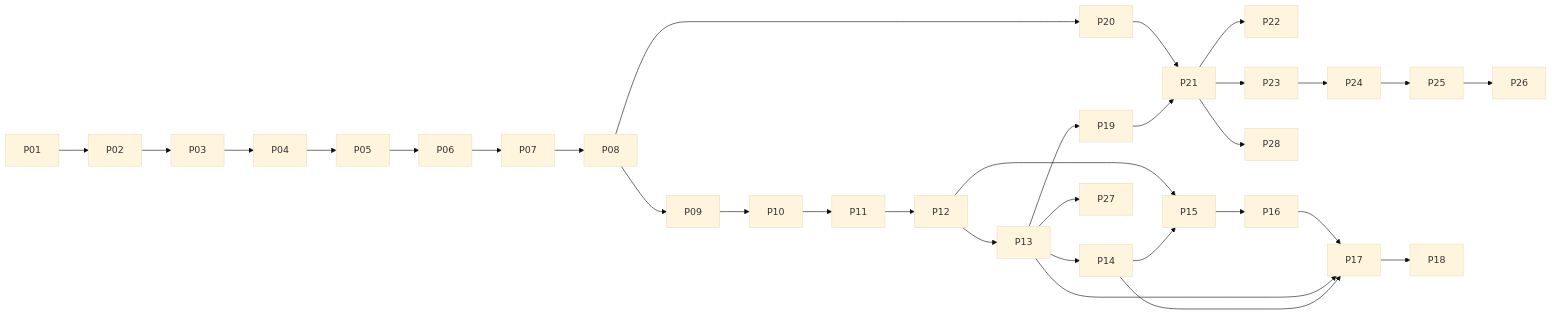
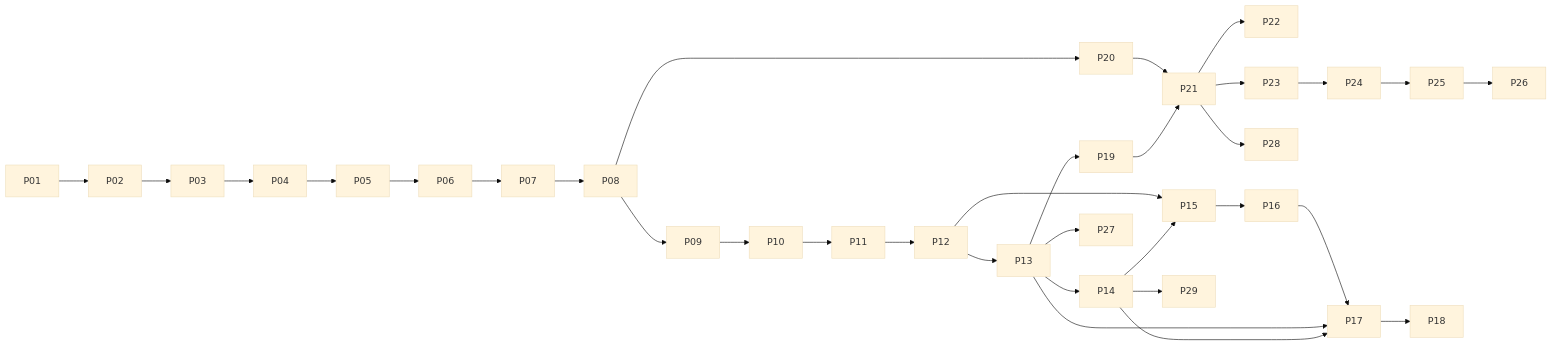
The diagram in docs/implementation-plan.md (takemo101/ambien), drawn with Mermaid (base theme) before and after one commit. The commit also changed other lines of this file and 6 other files, not shown here.

````diff
--- a/docs/implementation-plan.md
+++ b/docs/implementation-plan.md
@@ -108,18 +108,19 @@
 ```mermaid
 flowchart LR
  P01 --> P02 --> P03 --> P04 --> P05 --> P06 --> P07 --> P08 --> P09 --> P10 --> P11 --> P12 --> P13 --> P14
  P12 --> P15
  P13 --> P19
  P08 --> P20
  P20 --> P21
  P19 --> P21
  P21 --> P22
  P21 --> P23
  P23 --> P24 --> P25
  P13 --> P27
  P21 --> P28
+ P14 --> P29
  P25 --> P26
  P14 --> P15 --> P16 --> P17 --> P18
  P13 --> P17
  P14 --> P17
 ```
````
